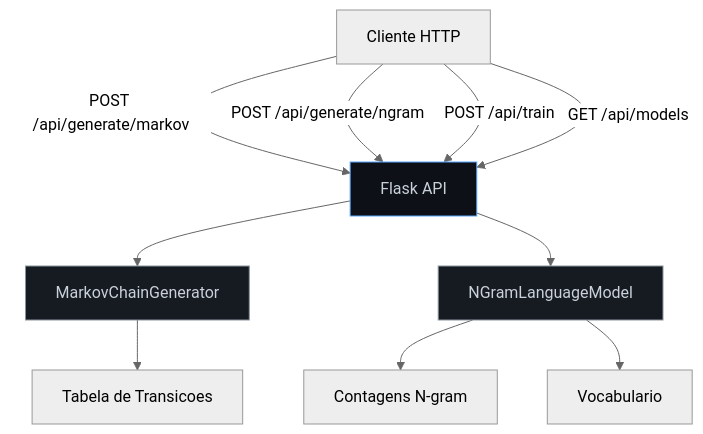
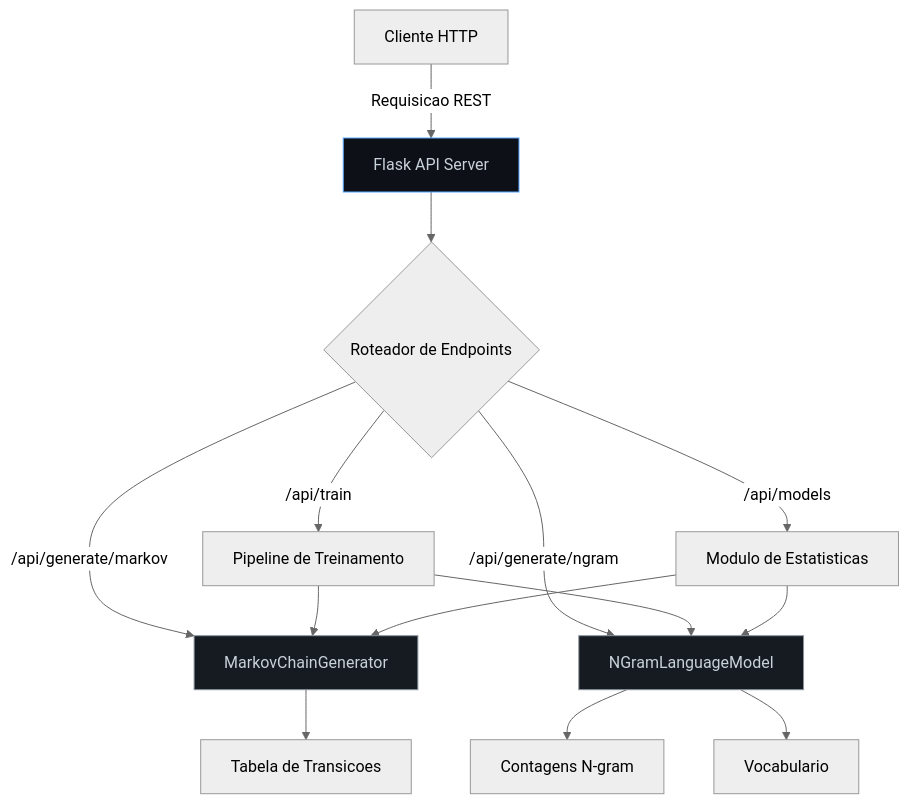
Before and after one commit to galafis/Text-Generation-API: the first of 4 diagrams in README.md, drawn with Mermaid (neutral theme). The commit also changed other lines of this file and 2 other files, not shown here.

````diff
--- a/README.md
+++ b/README.md
@@ -29,16 +40,20 @@
 ```mermaid
 graph TD
-    A[Cliente HTTP] -->|POST /api/generate/markov| B[Flask API]
-    A -->|POST /api/generate/ngram| B
-    A -->|POST /api/train| B
-    A -->|GET /api/models| B
-    B --> C[MarkovChainGenerator]
-    B --> D[NGramLanguageModel]
-    C --> E[Tabela de Transicoes]
-    D --> F[Contagens N-gram]
-    D --> G[Vocabulario]
+    A[Cliente HTTP] -->|Requisicao REST| B[Flask API Server]
+    B --> C{Roteador de Endpoints}
+    C -->|/api/generate/markov| D[MarkovChainGenerator]
+    C -->|/api/generate/ngram| E[NGramLanguageModel]
+    C -->|/api/train| F[Pipeline de Treinamento]
+    C -->|/api/models| G[Modulo de Estatisticas]
+    D --> H[Tabela de Transicoes]
+    E --> I[Contagens N-gram]
+    E --> J[Vocabulario]
+    F --> D
+    F --> E
+    G --> D
+    G --> E
 
     style B fill:#0d1117,color:#c9d1d9,stroke:#58a6ff
-    style C fill:#161b22,color:#c9d1d9,stroke:#8b949e
     style D fill:#161b22,color:#c9d1d9,stroke:#8b949e
+    style E fill:#161b22,color:#c9d1d9,stroke:#8b949e
 ```
````
